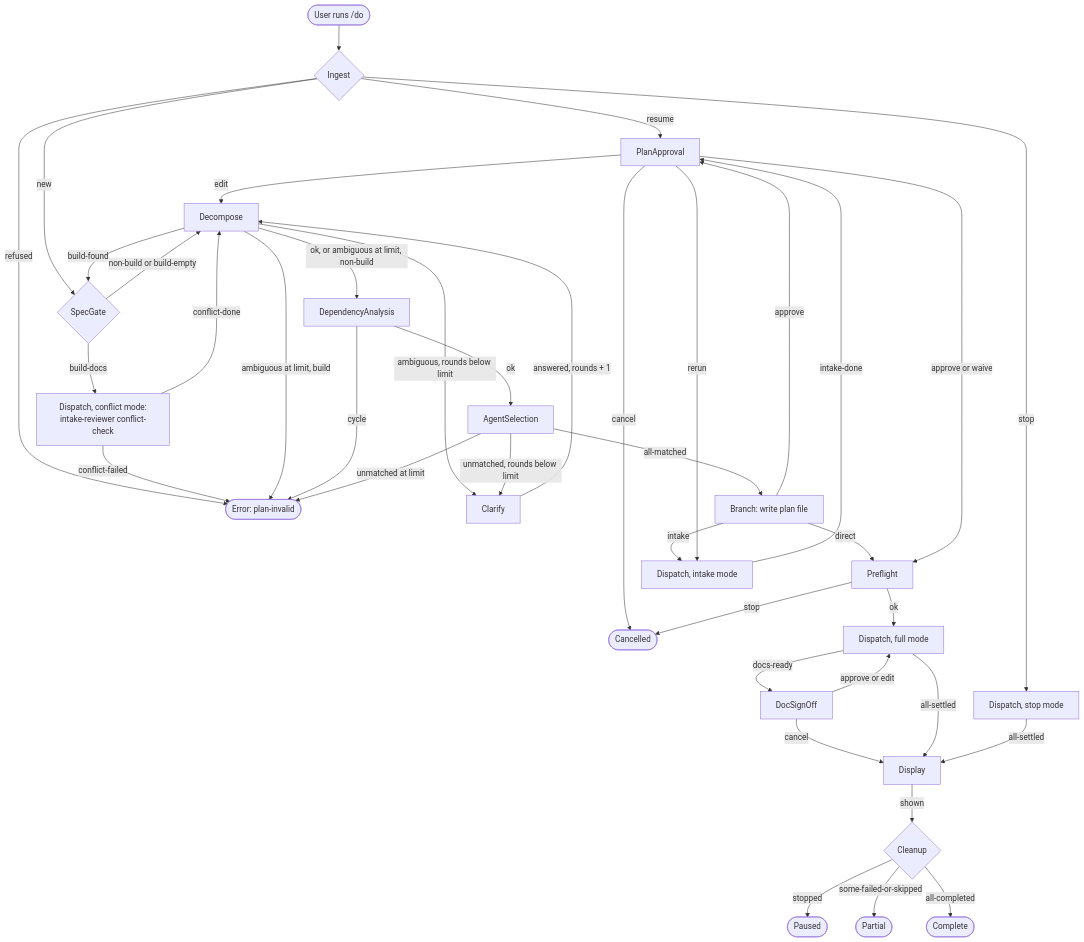
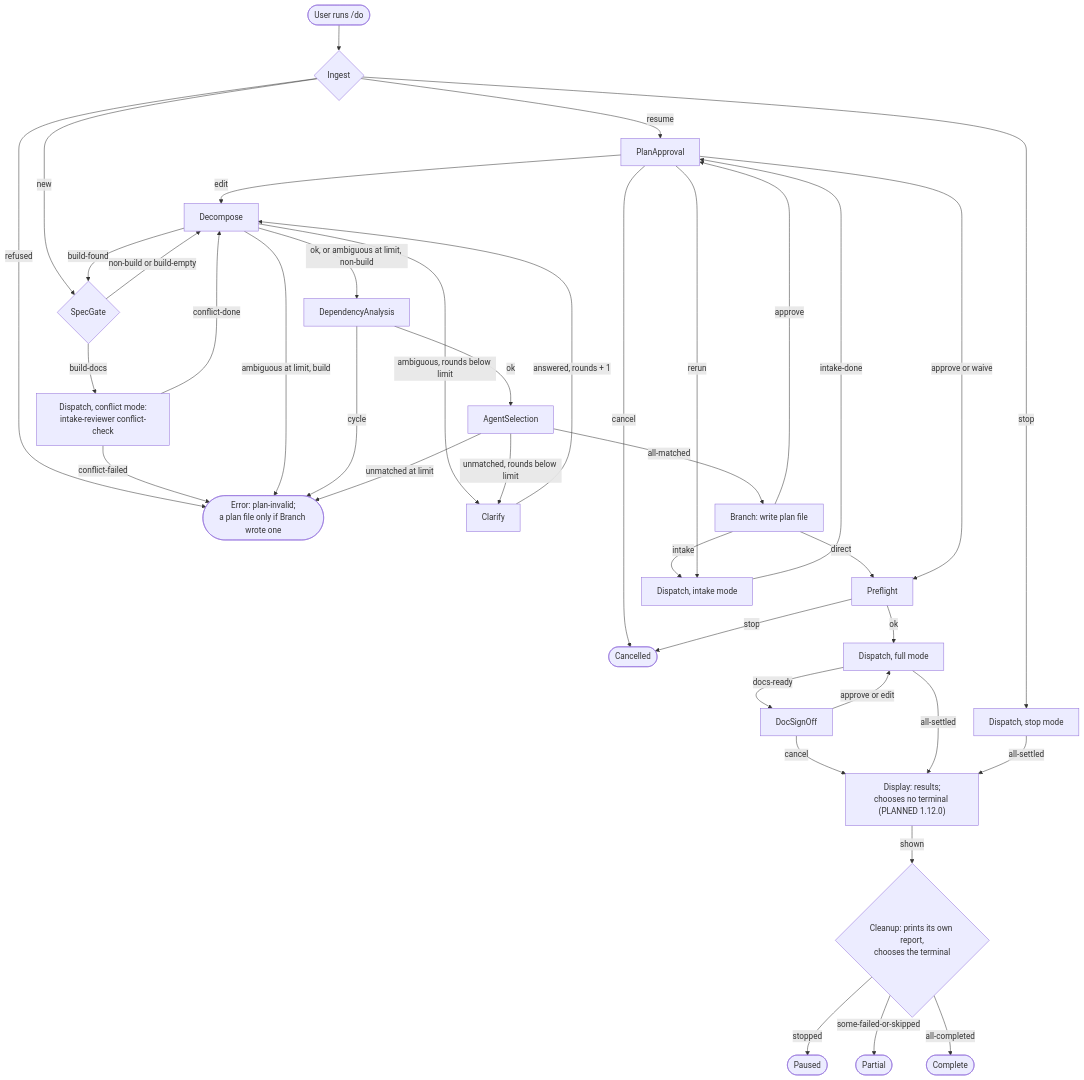
Before and after one commit to tjmonsi/assist-marketplace-plugin: the first of 2 diagrams in specs/spec-orchestration.md, drawn with Mermaid. The commit also changed other lines of this file and 60 other files, not shown here.

````diff
--- a/specs/spec-orchestration.md
+++ b/specs/spec-orchestration.md
@@ -54,41 +56,41 @@
 ```mermaid
 flowchart TD
   Start(["User runs /do"]) --> Ingest{"Ingest"}
   Ingest -->|"stop"| DStop["Dispatch, stop mode"]
-  Ingest -->|"refused"| Err(["Error: plan-invalid"])
+  Ingest -->|"refused"| Err(["Error: plan-invalid;<br/>a plan file only if Branch wrote one"])
   Ingest -->|"resume"| PA["PlanApproval"]
   Ingest -->|"new"| SG{"SpecGate"}
   SG -->|"non-build or build-empty"| Dec["Decompose"]
   SG -->|"build-docs"| DConf["Dispatch, conflict mode:<br/>intake-reviewer conflict-check"]
   DConf -->|"conflict-done"| Dec
   DConf -->|"conflict-failed"| Err
   Dec -->|"build-found"| SG
   Dec -->|"ambiguous, rounds below limit"| Cl["Clarify"]
   Cl -->|"answered, rounds + 1"| Dec
   Dec -->|"ambiguous at limit, build"| Err
   Dec -->|"ok, or ambiguous at limit, non-build"| DA["DependencyAnalysis"]
   DA -->|"cycle"| Err
   DA -->|"ok"| AS["AgentSelection"]
   AS -->|"unmatched, rounds below limit"| Cl
   AS -->|"unmatched at limit"| Err
   AS -->|"all-matched"| Br["Branch: write plan file"]
   Br -->|"direct"| PF["Preflight"]
   Br -->|"intake"| DInt["Dispatch, intake mode"]
   Br -->|"approve"| PA
   DInt -->|"intake-done"| PA
   PA -->|"edit"| Dec
   PA -->|"rerun"| DInt
   PA -->|"cancel"| Can(["Cancelled"])
   PA -->|"approve or waive"| PF
   PF -->|"stop"| Can
   PF -->|"ok"| DFull["Dispatch, full mode"]
   DFull -->|"docs-ready"| DS["DocSignOff"]
   DS -->|"approve or edit"| DFull
-  DS -->|"cancel"| Disp["Display"]
+  DS -->|"cancel"| Disp["Display: results;<br/>chooses no terminal (PLANNED 1.12.0)"]
   DFull -->|"all-settled"| Disp
   DStop -->|"all-settled"| Disp
-  Disp -->|"shown"| Clean{"Cleanup"}
+  Disp -->|"shown"| Clean{"Cleanup: prints its own report,<br/>chooses the terminal"}
   Clean -->|"stopped"| Pau(["Paused"])
   Clean -->|"some-failed-or-skipped"| Par(["Partial"])
   Clean -->|"all-completed"| Com(["Complete"])
 ```
````
